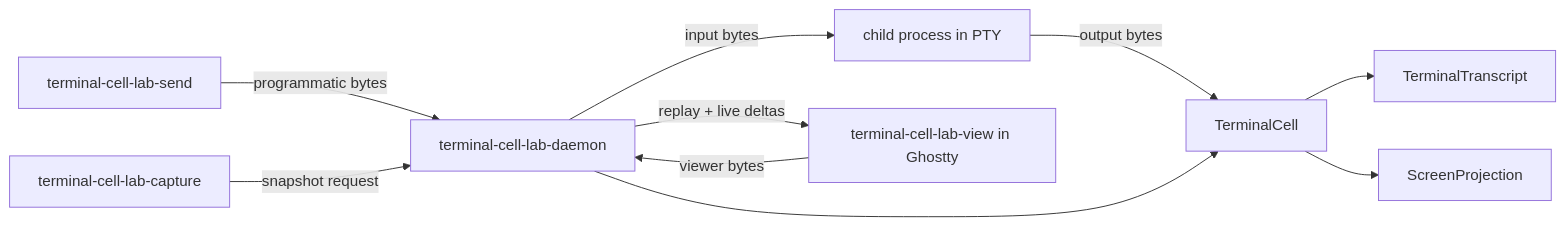
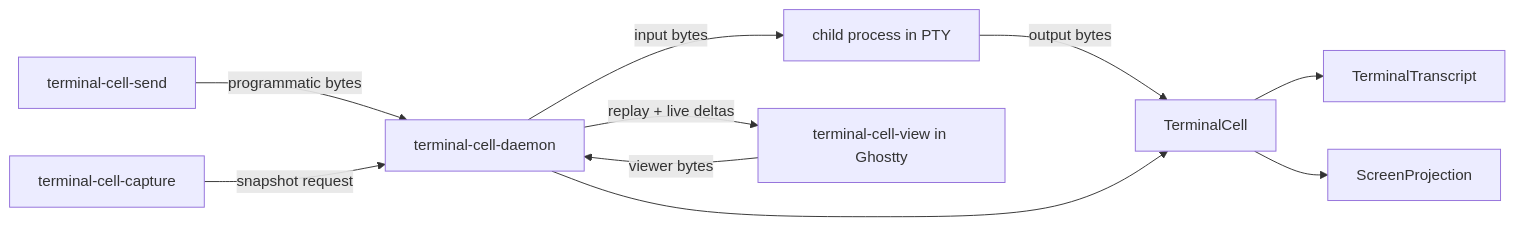
The diagram in ARCHITECTURE.md (LiGoldragon/terminal-cell), drawn with Mermaid before and after one commit. The commit also changed other lines of this file and 14 other files, not shown here.

Commit message:
rename terminal cell and add durable ghostty session

````diff
--- a/ARCHITECTURE.md
+++ b/ARCHITECTURE.md
@@ -19,12 +19,12 @@
 ```mermaid
 flowchart LR
     child["child process in PTY"] -->|"output bytes"| owner["TerminalCell"]
     owner --> transcript["TerminalTranscript"]
     owner --> projection["ScreenProjection"]
-    daemon["terminal-cell-lab-daemon"] --> owner
-    view["terminal-cell-lab-view in Ghostty"] -->|"viewer bytes"| daemon
-    send["terminal-cell-lab-send"] -->|"programmatic bytes"| daemon
-    capture["terminal-cell-lab-capture"] -->|"snapshot request"| daemon
+    daemon["terminal-cell-daemon"] --> owner
+    view["terminal-cell-view in Ghostty"] -->|"viewer bytes"| daemon
+    send["terminal-cell-send"] -->|"programmatic bytes"| daemon
+    capture["terminal-cell-capture"] -->|"snapshot request"| daemon
     daemon -->|"input bytes"| child
     daemon -->|"replay + live deltas"| view
 ```
````
